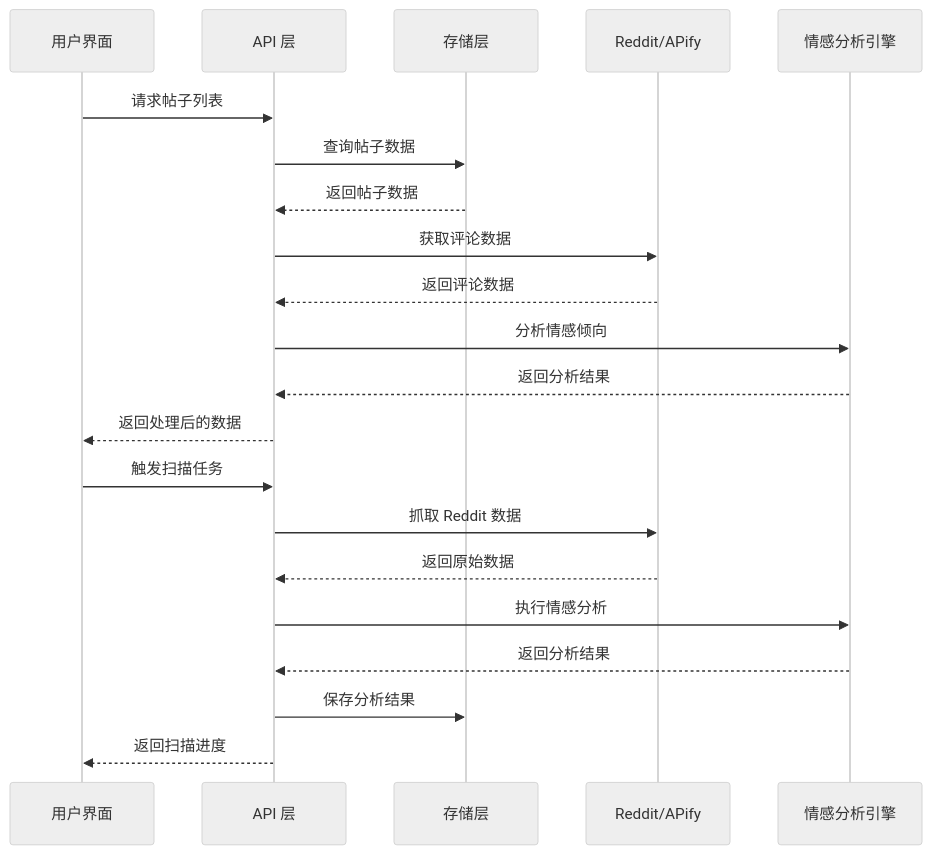
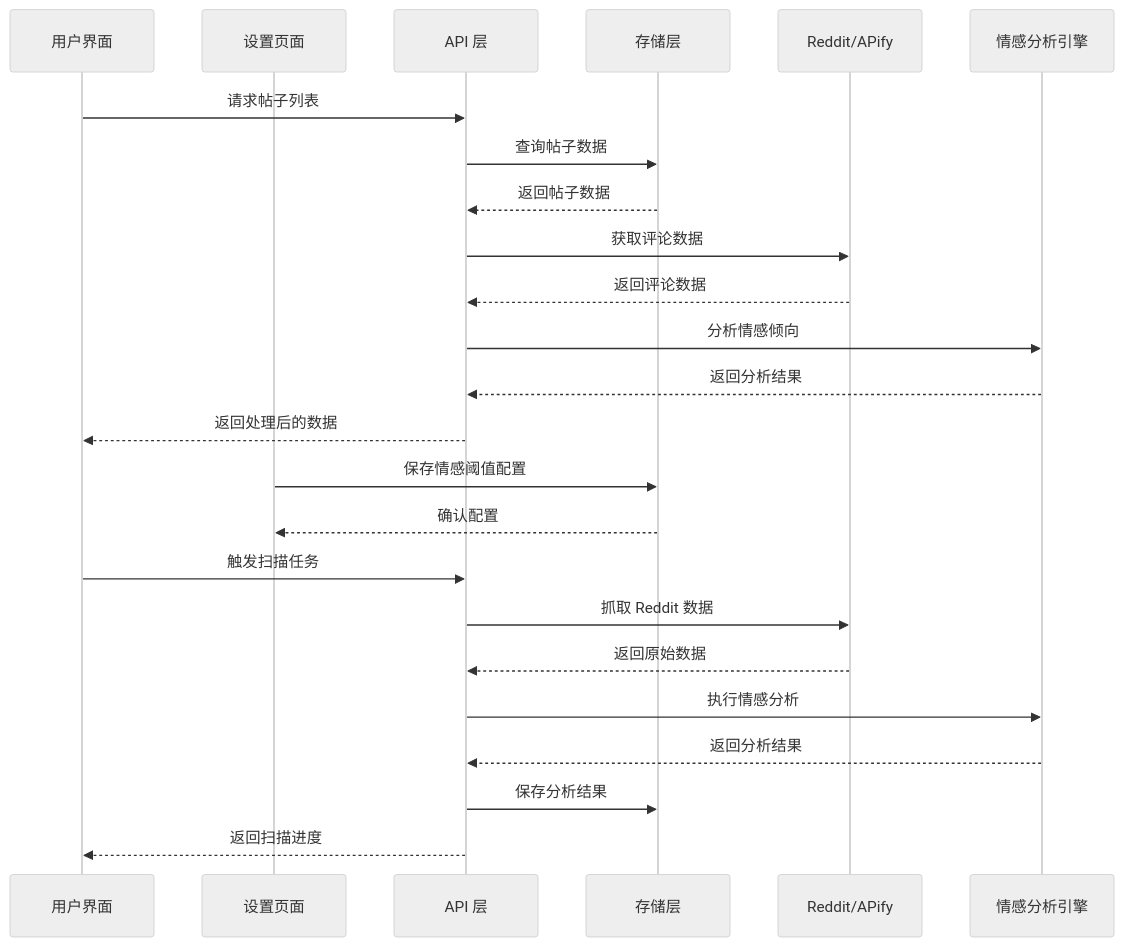
Before and after one commit to zezzezzez/reddit: the second of 7 diagrams in .qoder/repowiki/zh/content/前端界面/帖子管理界面.md, drawn with Mermaid (neutral theme). The commit also changed other lines of this file and 9 other files, not shown here.

````diff
--- a/.qoder/repowiki/zh/content/前端界面/帖子管理界面.md
+++ b/.qoder/repowiki/zh/content/前端界面/帖子管理界面.md
@@ -122,23 +144,26 @@
 ```mermaid
 sequenceDiagram
 participant U as 用户界面
+participant S as 设置页面
 participant API as API 层
-participant S as 存储层
+participant ST as 存储层
 participant R as Reddit/APify
-participant A as 情感分析引擎
+participant SA as 情感分析引擎
 U->>API : 请求帖子列表
-API->>S : 查询帖子数据
-S-->>API : 返回帖子数据
+API->>ST : 查询帖子数据
+ST-->>API : 返回帖子数据
 API->>R : 获取评论数据
 R-->>API : 返回评论数据
-API->>A : 分析情感倾向
-A-->>API : 返回分析结果
+API->>SA : 分析情感倾向
+SA-->>API : 返回分析结果
 API-->>U : 返回处理后的数据
+S->>ST : 保存情感阈值配置
+ST-->>S : 确认配置
 U->>API : 触发扫描任务
 API->>R : 抓取 Reddit 数据
 R-->>API : 返回原始数据
-API->>A : 执行情感分析
-A-->>API : 返回分析结果
-API->>S : 保存分析结果
+API->>SA : 执行情感分析
+SA-->>API : 返回分析结果
+API->>ST : 保存分析结果
 API-->>U : 返回扫描进度
 ```
````
